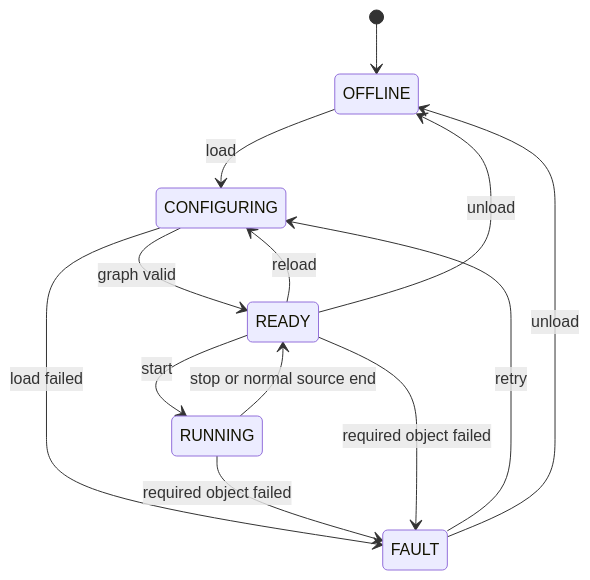
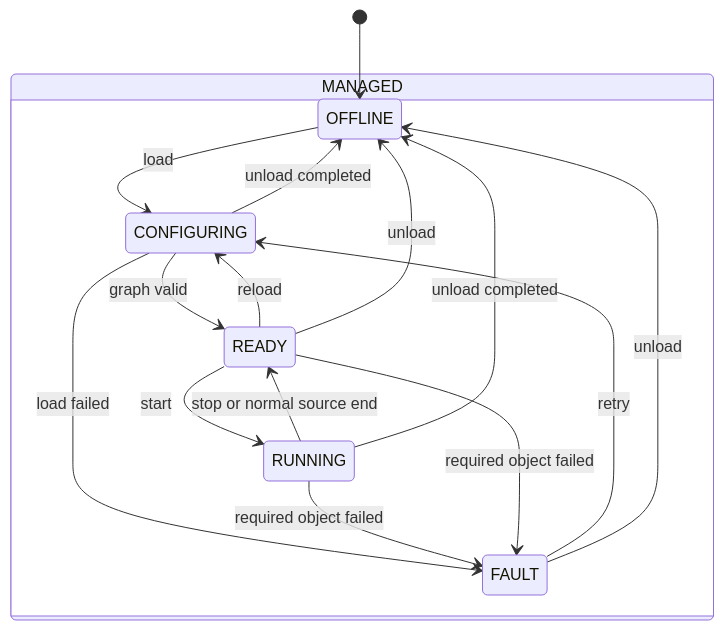
The diagram in docs/operations.md (DarrylGamroth/pipewireao-rtc), drawn with Mermaid before and after one commit. The commit also changed other lines of this file and 5 other files, not shown here.

````diff
--- a/docs/operations.md
+++ b/docs/operations.md
@@ -87,15 +87,19 @@
 ```mermaid
 stateDiagram-v2
     [*] --> OFFLINE
+    state MANAGED {
+        CONFIGURING --> READY: graph valid
+        CONFIGURING --> FAULT: load failed
+        READY --> RUNNING: start
+        RUNNING --> READY: stop or normal source end
+        READY --> CONFIGURING: reload
+        RUNNING --> FAULT: required object failed
+        READY --> FAULT: required object failed
+        FAULT --> CONFIGURING: retry
+        CONFIGURING --> OFFLINE: unload completed
+        RUNNING --> OFFLINE: unload completed
+    }
     OFFLINE --> CONFIGURING: load
-    CONFIGURING --> READY: graph valid
-    CONFIGURING --> FAULT: load failed
-    READY --> RUNNING: start
-    RUNNING --> READY: stop or normal source end
-    READY --> CONFIGURING: reload
-    RUNNING --> FAULT: required object failed
-    READY --> FAULT: required object failed
-    FAULT --> CONFIGURING: retry
     READY --> OFFLINE: unload
     FAULT --> OFFLINE: unload
 ```
````
